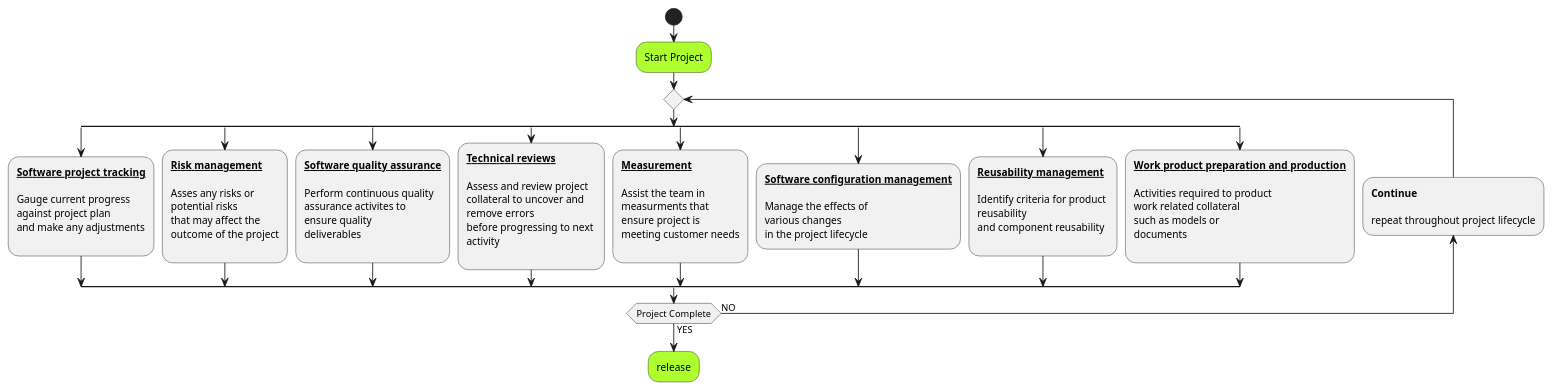
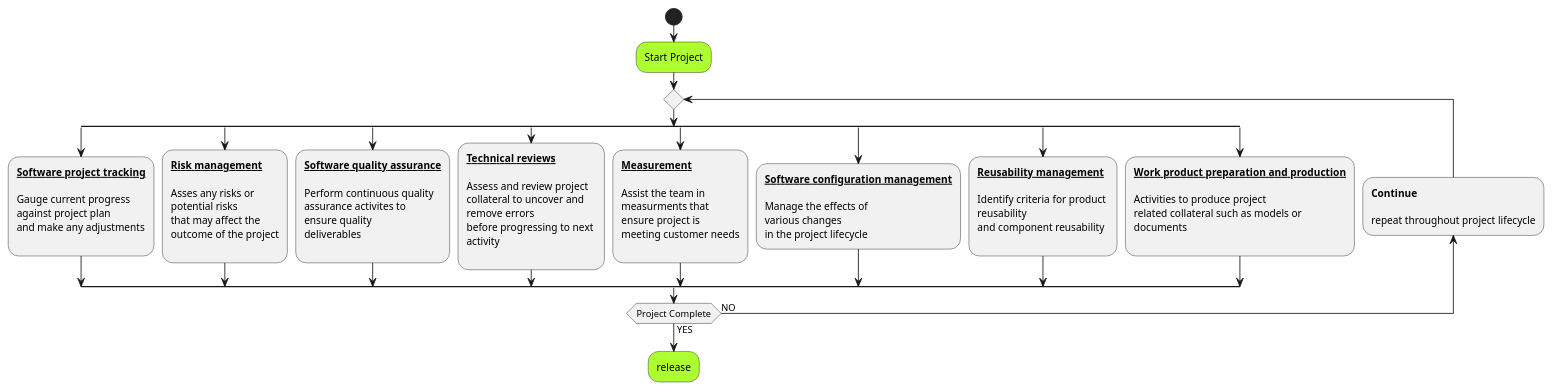
One commit to KPZNet/CSC505 changed the diagram in M1/Umbrella.puml. Above: the diagram before and after it, drawn with PlantUML. The commit also changed 2 other files, not shown here.

```diff
--- a/M1/Umbrella.puml
+++ b/M1/Umbrella.puml
@@ -2,77 +2,76 @@
 @startuml UmbrellaActivities
 
 start
 
 #GreenYellow:Start Project;
 
 repeat
 
 split
   :**__Software project tracking__**
 
   Gauge current progress
   against project plan
   and make any adjustments
   ;
 split again
   :**__Risk management__**
 
   Asses any risks or
   potential risks
   that may affect the
   outcome of the project
   ;
 split again
   :**__Software quality assurance__**
   
   Perform continuous quality
   assurance activites to 
   ensure quality 
   deliverables
   ;
 split again
   :**__Technical reviews__**
   
   Assess and review project 
   collateral to uncover and 
   remove errors 
   before progressing to next 
   activity 
   ;
 split again
   :**__Measurement__**
   
   Assist the team in 
   measurments that
   ensure project is 
   meeting customer needs
   ;
 split again
   :**__Software configuration management__**
 
   Manage the effects of 
   various changes
   in the project lifecycle;
 split again
   :**__Reusability management__**
 
   Identify criteria for product 
   reusability 
   and component reusability
   ;
 split again
   :**__Work product preparation and production__**
 
-  Activities required to product 
-  work related collateral 
-  such as models or 
+  Activities to produce project 
+  related collateral such as models or 
   documents
   ;
 end split;
 backward :**Continue**\n\nrepeat throughout project lifecycle;
 
 repeatwhile (Project Complete) is (NO) not (YES)
 
 #GreenYellow:release;
 
 @enduml
```
